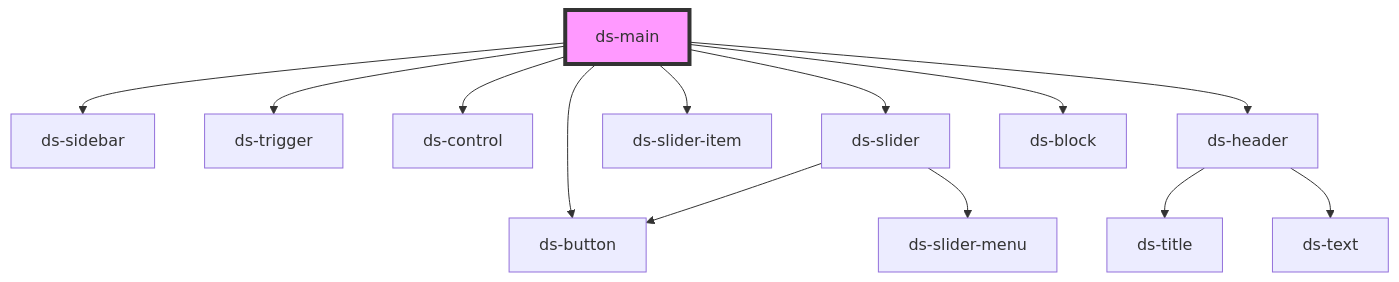
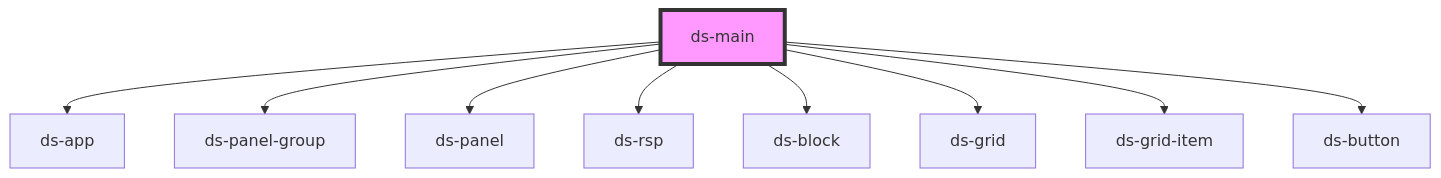
Before and after one commit to jezoock/dot-stash: the diagram in components/readme.md, drawn with Mermaid. The commit also changed other lines of this file and 22 other files, not shown here.

````diff
--- a/components/readme.md
+++ b/components/readme.md
@@ -35,16 +35,12 @@
 ```mermaid
 graph TD;
-  ds-main --> ds-sidebar
-  ds-main --> ds-trigger
-  ds-main --> ds-control
-  ds-main --> ds-slider
-  ds-main --> ds-slider-item
-  ds-main --> ds-header
+  ds-main --> ds-app
+  ds-main --> ds-panel-group
+  ds-main --> ds-panel
+  ds-main --> ds-rsp
   ds-main --> ds-block
+  ds-main --> ds-grid
+  ds-main --> ds-grid-item
   ds-main --> ds-button
-  ds-slider --> ds-button
-  ds-slider --> ds-slider-menu
-  ds-header --> ds-title
-  ds-header --> ds-text
   style ds-main fill:#f9f,stroke:#333,stroke-width:4px
 ```
````
